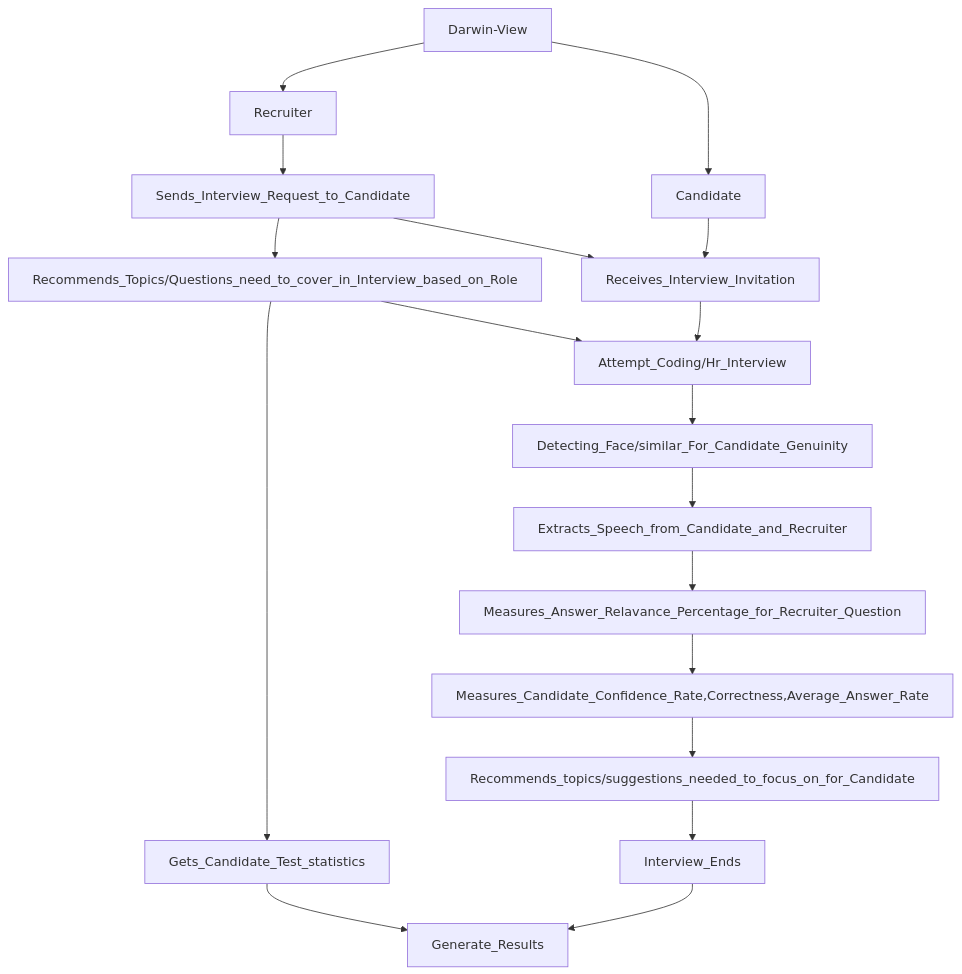
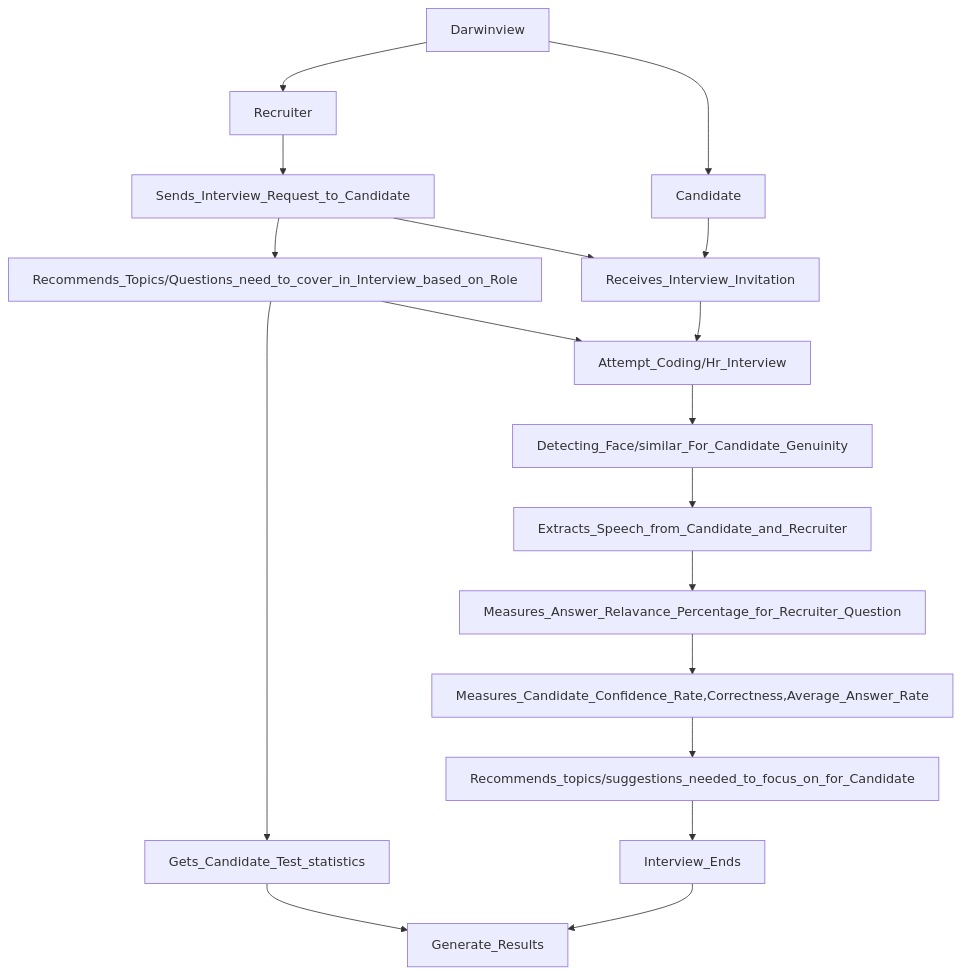
Before and after one commit to akhilvenkat27/Darwinview: the second of 2 diagrams in README.md, drawn with Mermaid. The commit also changed other lines of this file, not shown here.

````diff
--- a/README.md
+++ b/README.md
@@ -22,20 +22,20 @@
 ```mermaid
 graph TD;
-    Darwin-View  --> Recruiter;
-    Darwin-View --> Candidate;
+    Darwinview  --> Recruiter;
+    Darwinview --> Candidate;
     Recruiter --> Sends_Interview_Request_to_Candidate;
     Sends_Interview_Request_to_Candidate --> Receives_Interview_Invitation;
     Sends_Interview_Request_to_Candidate --> Recommends_Topics/Questions_need_to_cover_in_Interview_based_on_Role;
     Recommends_Topics/Questions_need_to_cover_in_Interview_based_on_Role --> Gets_Candidate_Test_statistics;
     Recommends_Topics/Questions_need_to_cover_in_Interview_based_on_Role  --> Attempt_Coding/Hr_Interview;
     Gets_Candidate_Test_statistics --> Generate_Results;
     Candidate --> Receives_Interview_Invitation;
     Receives_Interview_Invitation --> Attempt_Coding/Hr_Interview;
     Attempt_Coding/Hr_Interview --> Detecting_Face/similar_For_Candidate_Genuinity;
     Detecting_Face/similar_For_Candidate_Genuinity --> Extracts_Speech_from_Candidate_and_Recruiter;
     Extracts_Speech_from_Candidate_and_Recruiter --> Measures_Answer_Relavance_Percentage_for_Recruiter_Question;
     Measures_Answer_Relavance_Percentage_for_Recruiter_Question --> Measures_Candidate_Confidence_Rate,Correctness,Average_Answer_Rate;
     Measures_Candidate_Confidence_Rate,Correctness,Average_Answer_Rate --> Recommends_topics/suggestions_needed_to_focus_on_for_Candidate;
     Recommends_topics/suggestions_needed_to_focus_on_for_Candidate --> Interview_Ends;
     Interview_Ends --> Generate_Results;
 ```
````
